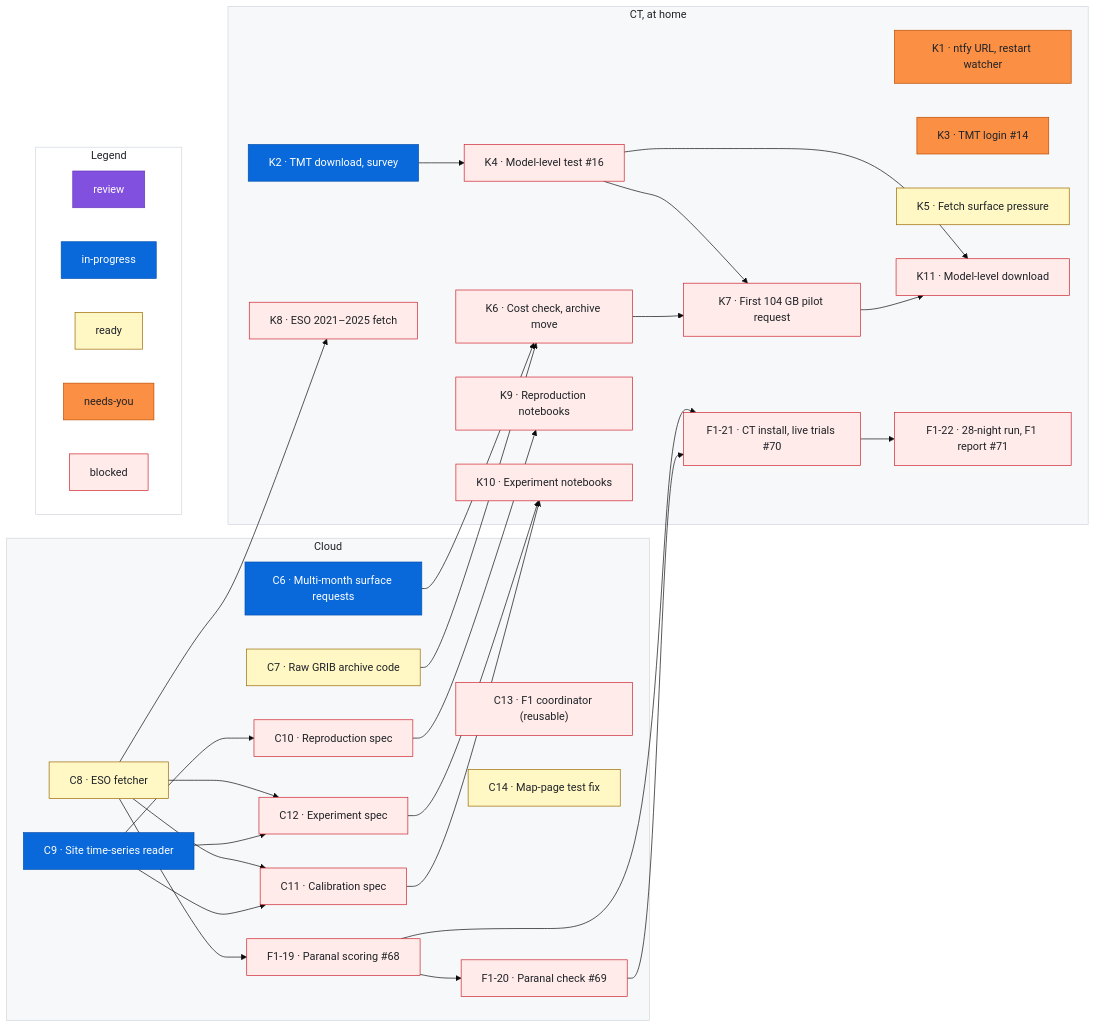
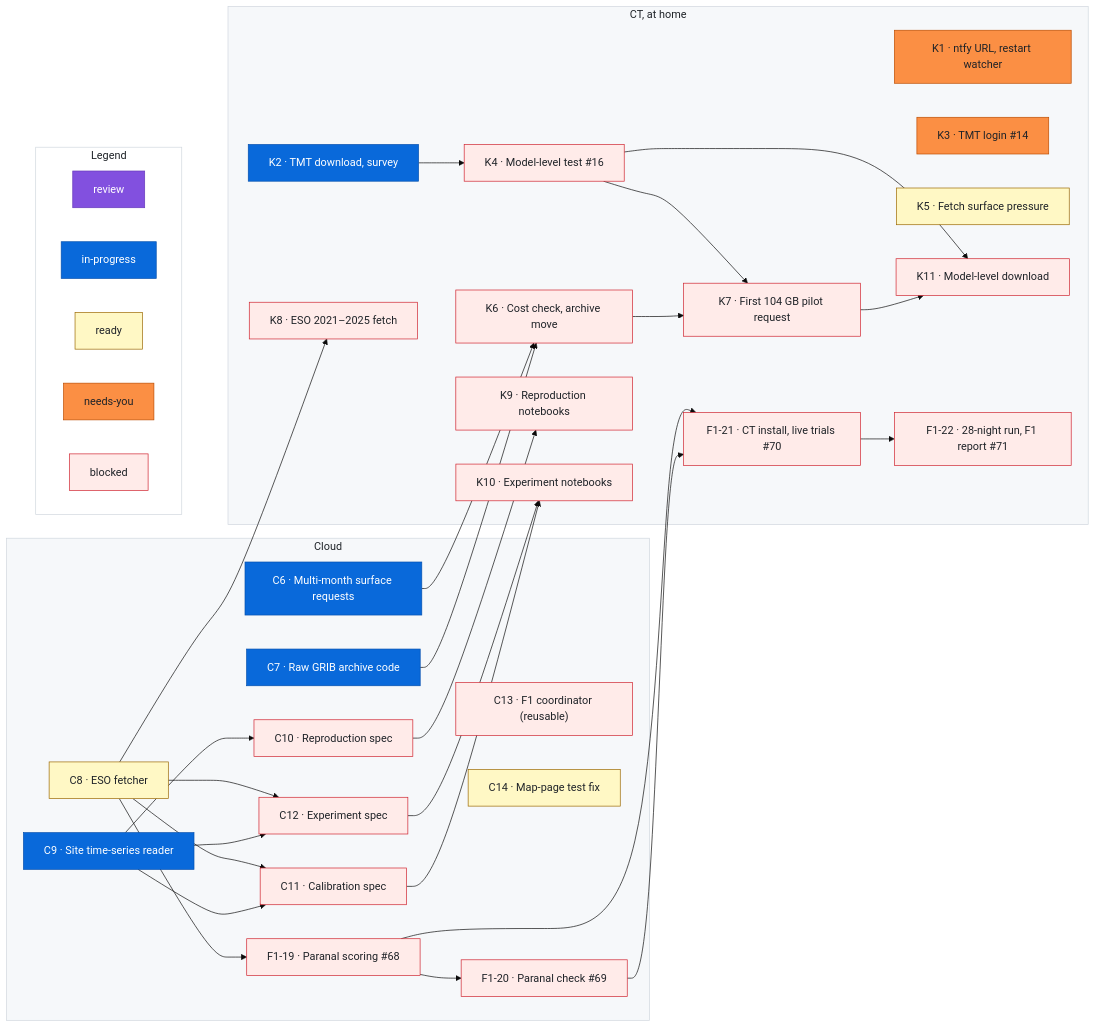
Before and after one commit to rrweller/Astro-seeing: the diagram in docs/roadmap.md, drawn with Mermaid (base theme). The commit also changed other lines of this file, not shown here.

Commit message:
roadmap: C7 ready → in-progress
Claude-Session: https://claude.ai/code/session_01ECS9rbsnWYATZiyvRztFEY

```diff
--- a/docs/roadmap.md
+++ b/docs/roadmap.md
@@ -138,7 +138,7 @@
   %% Status lines: one per item, each followed by a `%% ---` spacer. Sessions change only the last word.
   class C6 inprogress
   %% ---
-  class C7 ready
+  class C7 inprogress
   %% ---
   class C8 ready
   %% ---
```
